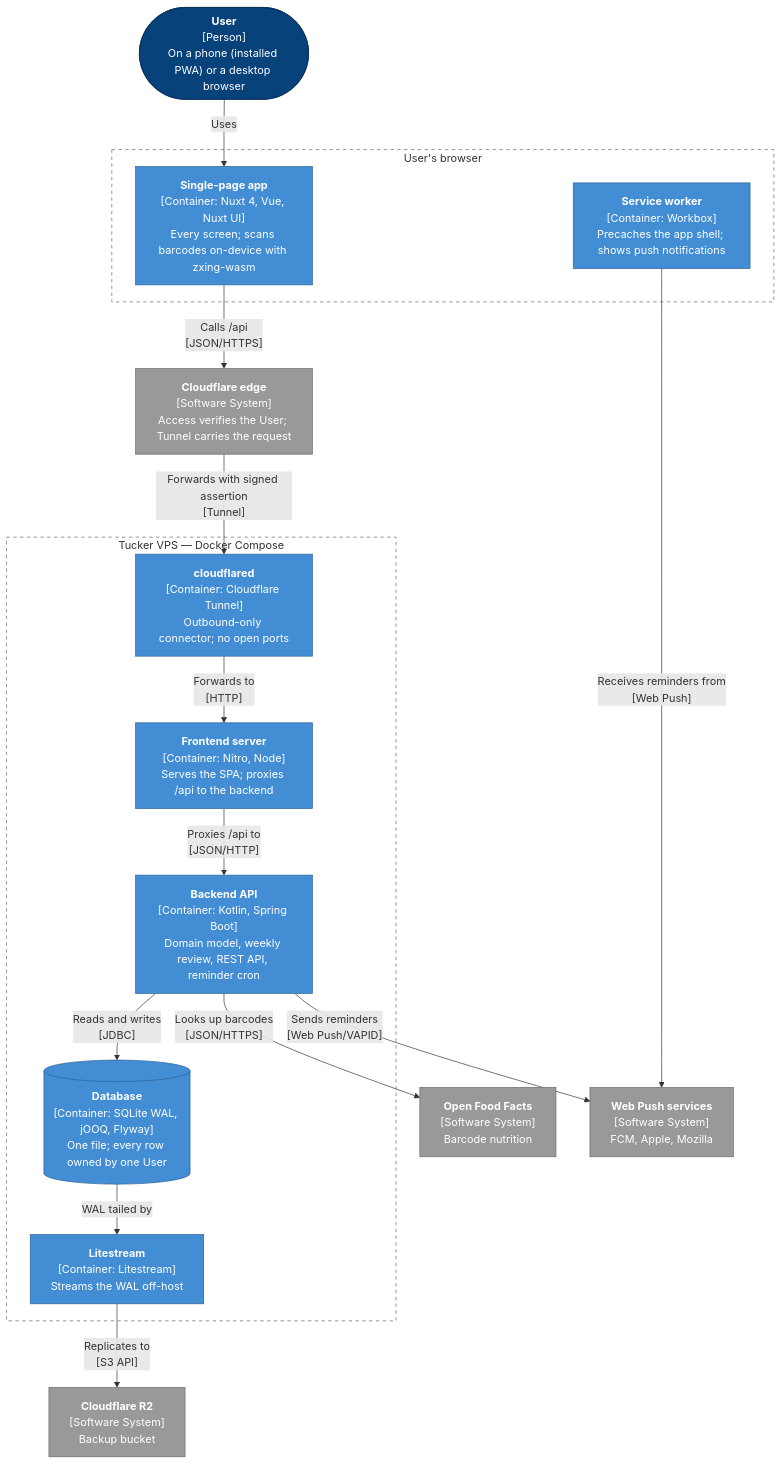
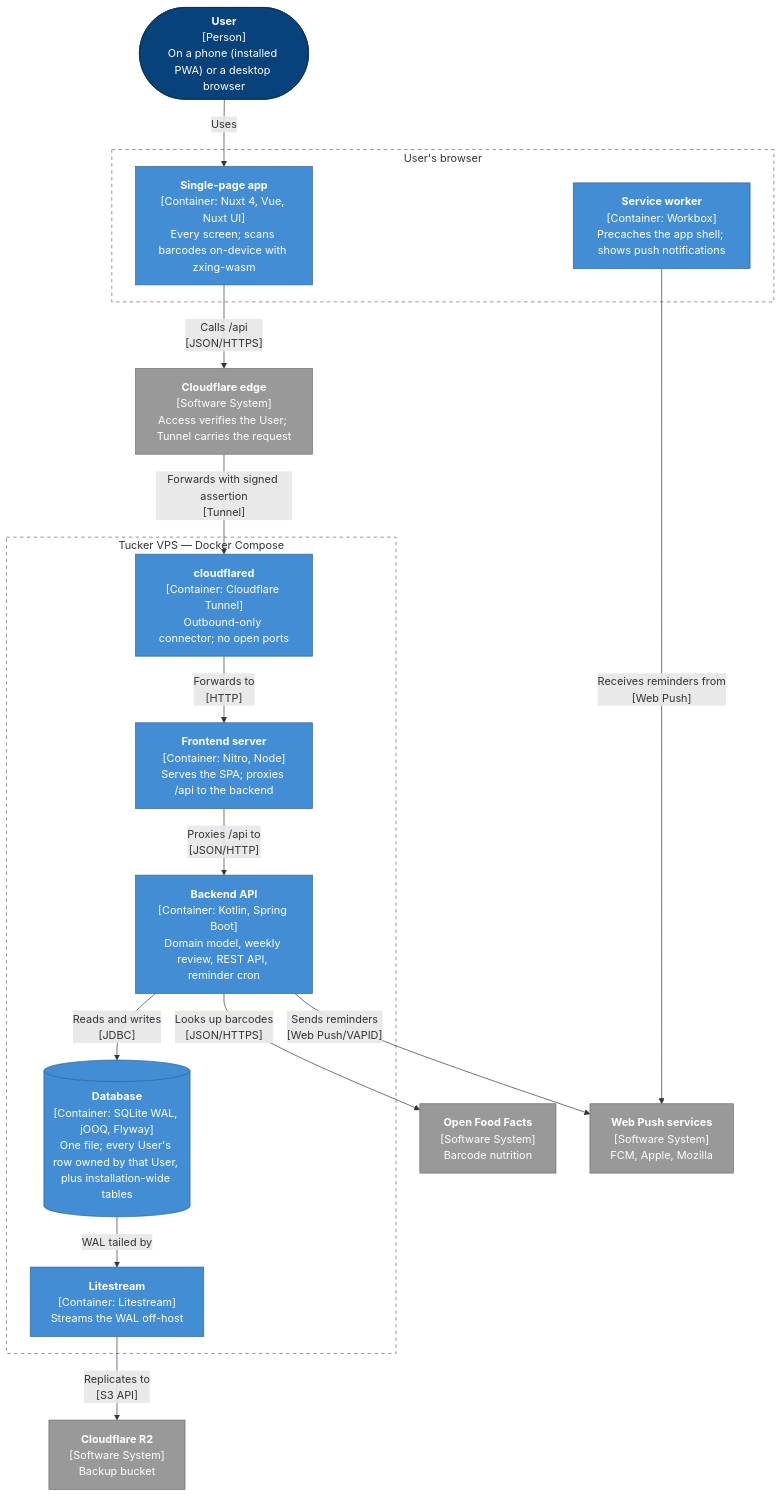
Before and after one commit to skrymer/tucker: the second of 10 diagrams in docs/architecture.md, drawn with Mermaid. The commit also changed other lines of this file and 5 other files, not shown here.

````diff
--- a/docs/architecture.md
+++ b/docs/architecture.md
@@ -67,41 +67,41 @@
 ```mermaid
 flowchart TB
   user(["<b>User</b><br/>[Person]<br/>On a phone (installed PWA) or a desktop browser"]):::person
 
   subgraph browser["User's browser"]
     spa["<b>Single-page app</b><br/>[Container: Nuxt 4, Vue, Nuxt UI]<br/>Every screen; scans barcodes on-device with zxing-wasm"]:::container
     sw["<b>Service worker</b><br/>[Container: Workbox]<br/>Precaches the app shell; shows push notifications"]:::container
   end
 
   cf["<b>Cloudflare edge</b><br/>[Software System]<br/>Access verifies the User; Tunnel carries the request"]:::ext
 
   subgraph vps["Tucker VPS — Docker Compose"]
     tunnel["<b>cloudflared</b><br/>[Container: Cloudflare Tunnel]<br/>Outbound-only connector; no open ports"]:::container
     web["<b>Frontend server</b><br/>[Container: Nitro, Node]<br/>Serves the SPA; proxies /api to the backend"]:::container
     api["<b>Backend API</b><br/>[Container: Kotlin, Spring Boot]<br/>Domain model, weekly review, REST API, reminder cron"]:::container
-    db[("<b>Database</b><br/>[Container: SQLite WAL, jOOQ, Flyway]<br/>One file; every row owned by one User")]:::container
+    db[("<b>Database</b><br/>[Container: SQLite WAL, jOOQ, Flyway]<br/>One file; every User's row owned by that User, plus installation-wide tables")]:::container
     litestream["<b>Litestream</b><br/>[Container: Litestream]<br/>Streams the WAL off-host"]:::container
   end
 
   off["<b>Open Food Facts</b><br/>[Software System]<br/>Barcode nutrition"]:::ext
   push["<b>Web Push services</b><br/>[Software System]<br/>FCM, Apple, Mozilla"]:::ext
   r2["<b>Cloudflare R2</b><br/>[Software System]<br/>Backup bucket"]:::ext
 
   user -- "Uses" --> spa
   spa -- "Calls /api<br/>[JSON/HTTPS]" --> cf
   cf -- "Forwards with signed assertion<br/>[Tunnel]" --> tunnel
   tunnel -- "Forwards to<br/>[HTTP]" --> web
   web -- "Proxies /api to<br/>[JSON/HTTP]" --> api
   api -- "Reads and writes<br/>[JDBC]" --> db
   db -- "WAL tailed by" --> litestream
   litestream -- "Replicates to<br/>[S3 API]" --> r2
   api -- "Looks up barcodes<br/>[JSON/HTTPS]" --> off
   api -- "Sends reminders<br/>[Web Push/VAPID]" --> push
   sw -- "Receives reminders from<br/>[Web Push]" --> push
 
   classDef person fill:#08427b,color:#fff,stroke:#052e56
   classDef container fill:#438dd5,color:#fff,stroke:#2e6295
   classDef ext fill:#999,color:#fff,stroke:#6b6b6b
   style browser fill:none,stroke:#666,stroke-dasharray:5 5
   style vps fill:none,stroke:#666,stroke-dasharray:5 5
 ```
````
